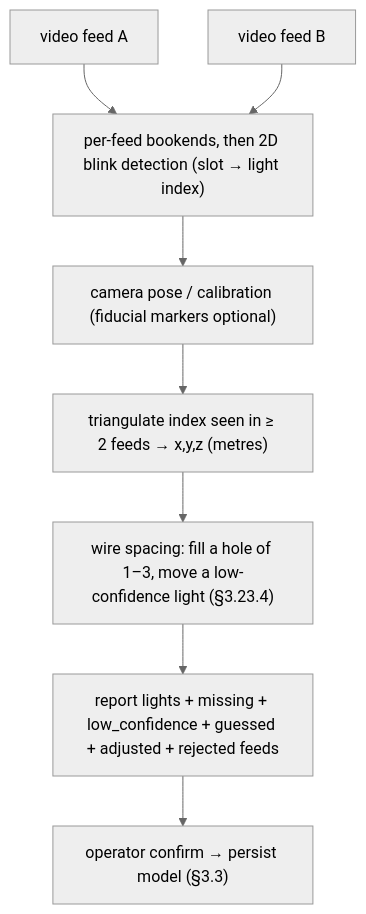
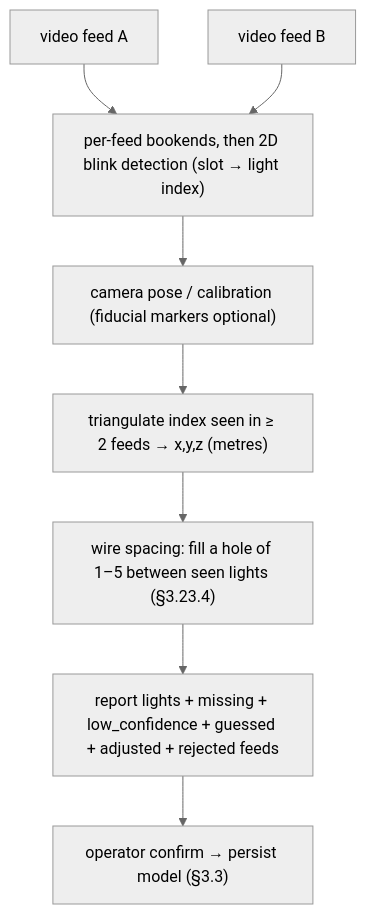
Before and after one commit to mudged/dlm: the fourth of 4 diagrams in docs/design/backend-lights-and-automation.md, drawn with Mermaid (neutral theme). The commit also changed other lines of this file and 8 other files, not shown here.

First line of the commit message:
docs: describe holes of up to five between seen lights

````diff
--- a/docs/design/backend-lights-and-automation.md
+++ b/docs/design/backend-lights-and-automation.md
@@ -866,10 +866,10 @@
 ```mermaid
 flowchart TB
   V1["video feed A"] --> DET
   V2["video feed B"] --> DET
   DET["per-feed bookends, then 2D blink detection (slot → light index)"] --> POSE
   POSE["camera pose / calibration (fiducial markers optional)"] --> TRI
   TRI["triangulate index seen in ≥ 2 feeds → x,y,z (metres)"] --> GAP
-  GAP["wire spacing: fill a hole of 1–3, move a low-confidence light (§3.23.4)"] --> REP
+  GAP["wire spacing: fill a hole of 1–5 between seen lights (§3.23.4)"] --> REP
   REP["report lights + missing + low_confidence + guessed + adjusted + rejected feeds"] --> CONF["operator confirm → persist model (§3.3)"]
 ```
````
